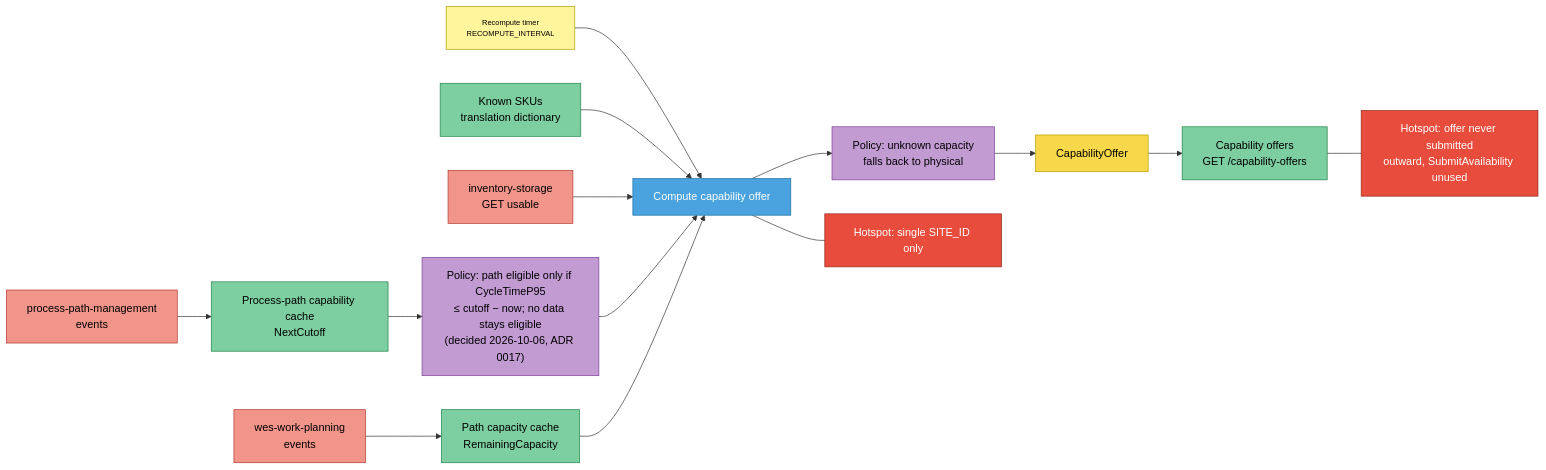
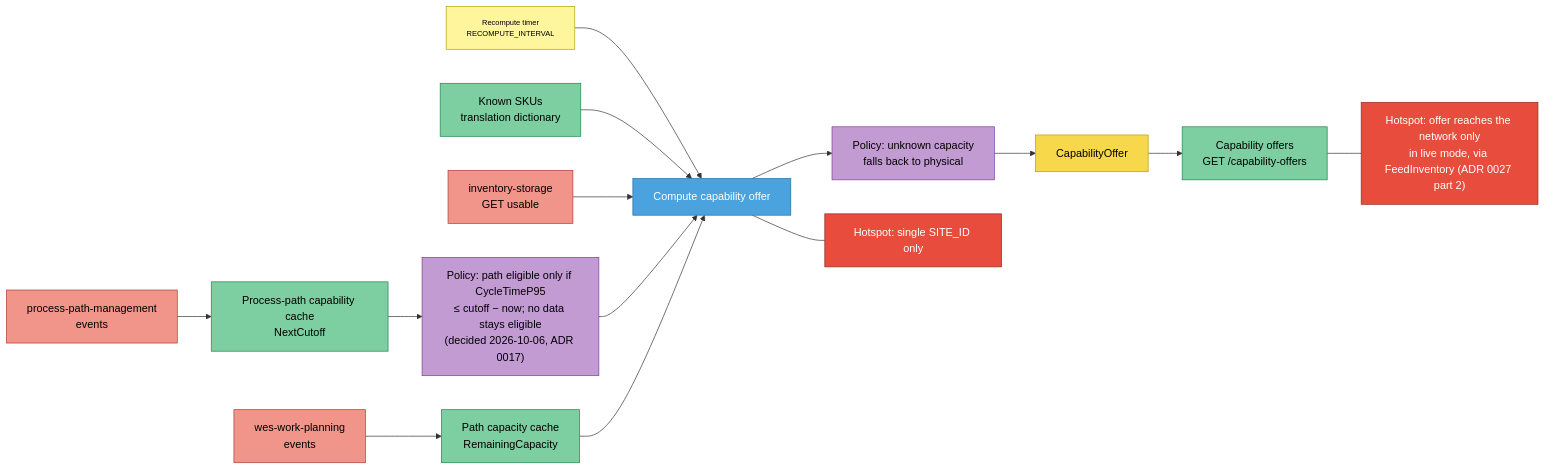
Before and after one commit to IQVO/warehouse-docs: the fifth of 5 diagrams in docs/contexts/network-fulfillment/eventstorming.md, drawn with Mermaid. The commit also changed other lines of this file and 237 other files, not shown here.

````diff
--- a/docs/contexts/network-fulfillment/eventstorming.md
+++ b/docs/contexts/network-fulfillment/eventstorming.md
@@ -219,39 +219,39 @@
 ```mermaid
 flowchart LR
     T["Recompute timer<br/>RECOMPUTE_INTERVAL"]:::actor
     PT["Known SKUs<br/>translation dictionary"]:::readmodel
     INV["inventory-storage<br/>GET usable"]:::external
     PPM["process-path-management<br/>events"]:::external
     WWP["wes-work-planning<br/>events"]:::external
     RM1["Process-path capability cache<br/>NextCutoff"]:::readmodel
     RM2["Path capacity cache<br/>RemainingCapacity"]:::readmodel
     C1["Compute capability offer"]:::command
     POL1["Policy: unknown capacity<br/>falls back to physical"]:::policy
     POL2["Policy: path eligible only if CycleTimeP95<br/>≤ cutoff − now; no data stays eligible<br/>(decided 2026-10-06, ADR 0017)"]:::policy
     G1["CapabilityOffer"]:::aggregate
     RM3["Capability offers<br/>GET /capability-offers"]:::readmodel
-    H1["Hotspot: offer never submitted<br/>outward, SubmitAvailability unused"]:::hotspot
+    H1["Hotspot: offer reaches the network only<br/>in live mode, via FeedInventory (ADR 0027 part 2)"]:::hotspot
     H3["Hotspot: single SITE_ID only"]:::hotspot
 
     PPM --> RM1
     WWP --> RM2
     T --> C1
     PT --> C1
     INV --> C1
     RM1 --> POL2
     POL2 --> C1
     RM2 --> C1
     C1 --> POL1
     POL1 --> G1
     G1 --> RM3
     RM3 --- H1
     C1 --- H3
 
     classDef actor fill:#fff59d,stroke:#b59f00,color:#000,font-size:11px
     classDef command fill:#4aa3df,stroke:#1f6f9f,color:#fff
     classDef aggregate fill:#f7d84a,stroke:#b59f00,color:#000
     classDef policy fill:#c39bd3,stroke:#7d3c98,color:#000
     classDef readmodel fill:#7dcea0,stroke:#1e8449,color:#000
     classDef external fill:#f1948a,stroke:#b03a2e,color:#000
     classDef hotspot fill:#e74c3c,stroke:#922b21,color:#fff
 ```
````
